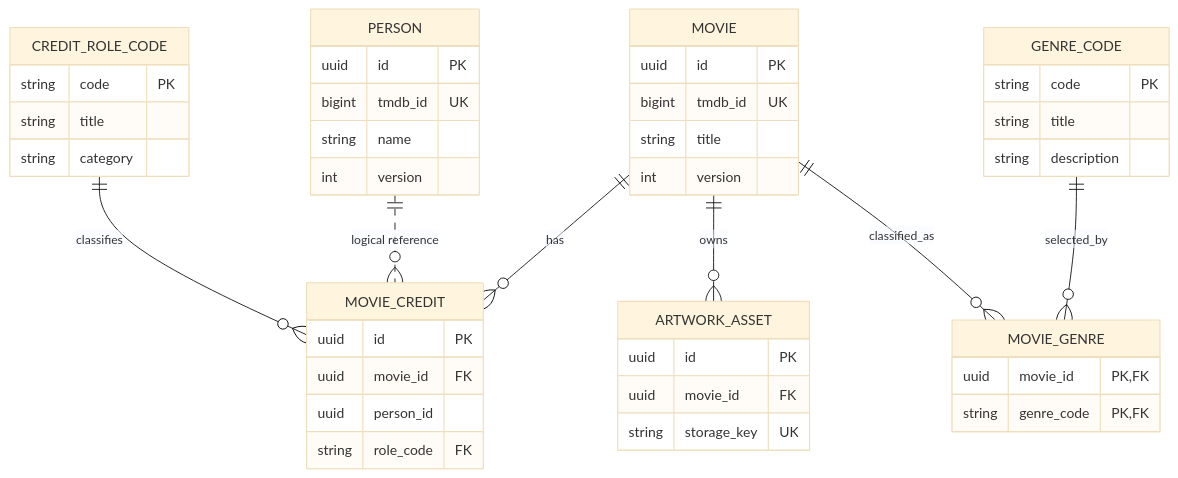
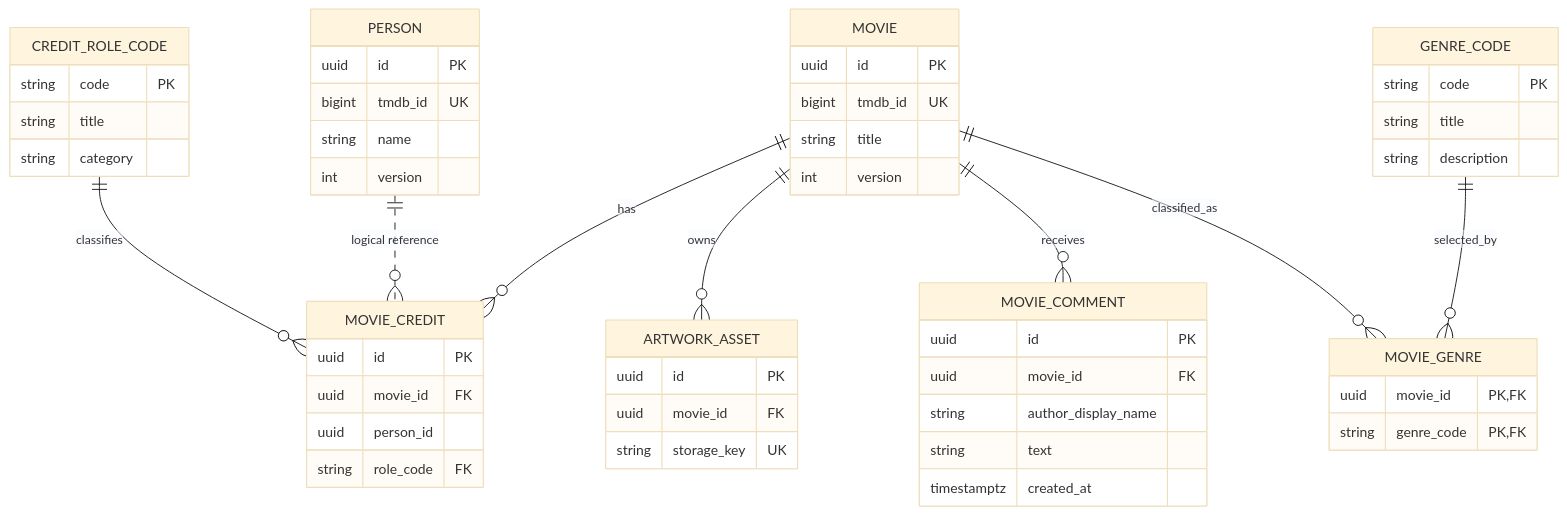
One commit to harunoyukidane/moviedb changed the third of 3 diagrams in docs/spec/TECHNICAL_SPECIFICATION v0.1.md. Above: the diagram before and after it, drawn with Mermaid (base theme). The commit also changed other lines of this file and 6 other files, not shown here.

````diff
--- a/docs/spec/TECHNICAL_SPECIFICATION v0.1.md
+++ b/docs/spec/TECHNICAL_SPECIFICATION v0.1.md
@@ -247,46 +282,54 @@
 ```mermaid
 erDiagram
     MOVIE ||--o{ MOVIE_CREDIT : has
     MOVIE ||--o{ ARTWORK_ASSET : owns
+    MOVIE ||--o{ MOVIE_COMMENT : receives
     MOVIE ||--o{ MOVIE_GENRE : classified_as
     GENRE_CODE ||--o{ MOVIE_GENRE : selected_by
     CREDIT_ROLE_CODE ||--o{ MOVIE_CREDIT : classifies
     PERSON ||..o{ MOVIE_CREDIT : "logical reference"
     MOVIE {
       uuid id PK
       bigint tmdb_id UK
       string title
       int version
     }
     MOVIE_CREDIT {
       uuid id PK
       uuid movie_id FK
       uuid person_id
       string role_code FK
     }
     CREDIT_ROLE_CODE {
       string code PK
       string title
       string category
     }
     MOVIE_GENRE {
       uuid movie_id PK,FK
       string genre_code PK,FK
     }
     GENRE_CODE {
       string code PK
       string title
       string description
     }
     PERSON {
       uuid id PK
       bigint tmdb_id UK
       string name
       int version
     }
     ARTWORK_ASSET {
       uuid id PK
       uuid movie_id FK
       string storage_key UK
     }
+    MOVIE_COMMENT {
+      uuid id PK
+      uuid movie_id FK
+      string author_display_name
+      string text
+      timestamptz created_at
+    }
 ```
````
